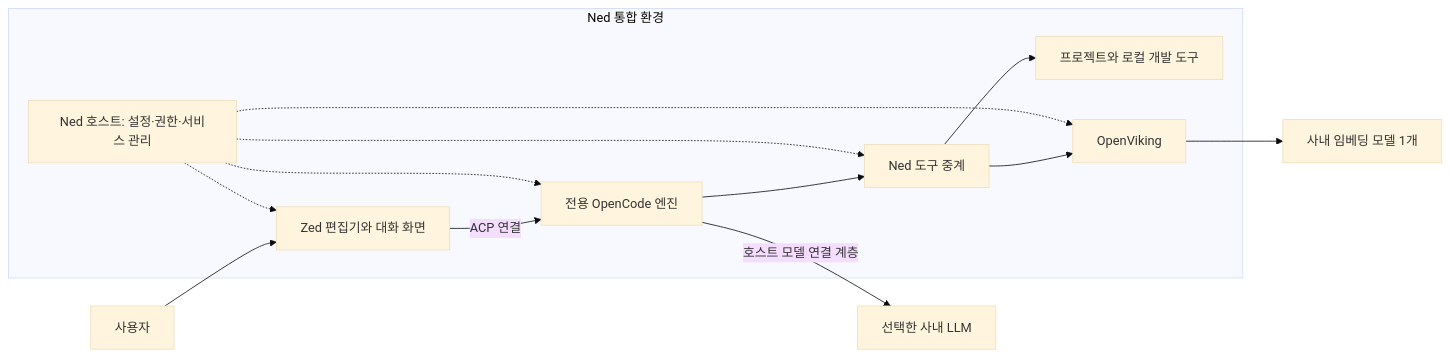
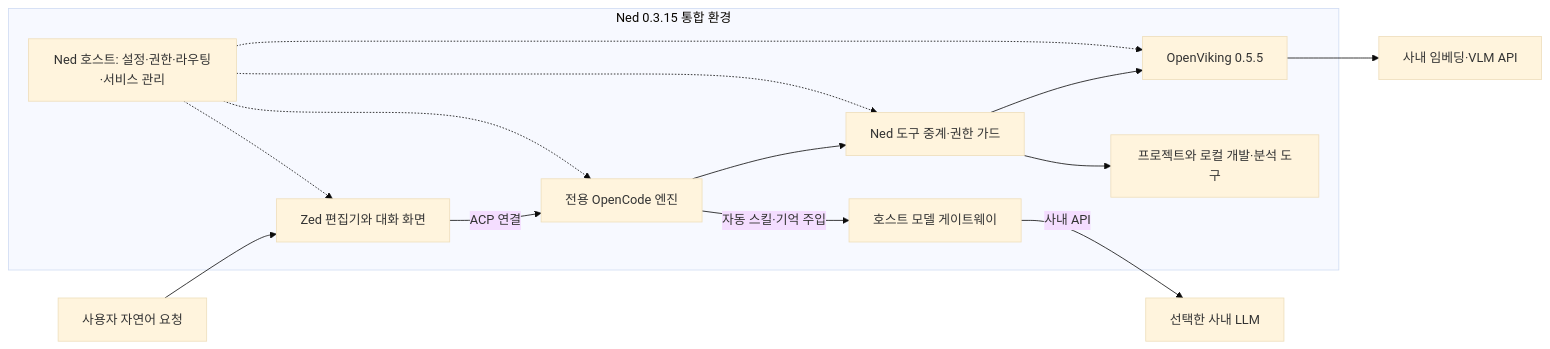
One commit to SungKyu-Kim39/AgentHarness changed the diagram in docs/ned-vs-zed.md. Above: the diagram before and after it, drawn with Mermaid (base theme). The commit also changed other lines of this file and 37 other files, not shown here.

````diff
--- a/docs/ned-vs-zed.md
+++ b/docs/ned-vs-zed.md
@@ -35,16 +36,17 @@
 ```mermaid
 flowchart LR
-    User[사용자] --> Zed[Zed 편집기와 대화 화면]
-    subgraph Ned[Ned 통합 환경]
+    User[사용자 자연어 요청] --> Zed[Zed 편집기와 대화 화면]
+    subgraph Ned[Ned 0.3.15 통합 환경]
         Zed -->|ACP 연결| Engine[전용 OpenCode 엔진]
-        Engine --> Tools[Ned 도구 중계]
-        Tools --> Local[프로젝트와 로컬 개발 도구]
-        Tools --> Knowledge[OpenViking]
-        Host[Ned 호스트: 설정·권한·서비스 관리] -.-> Zed
+        Engine -->|자동 스킬·기억 주입| Gateway[호스트 모델 게이트웨이]
+        Engine --> Tools[Ned 도구 중계·권한 가드]
+        Tools --> Local[프로젝트와 로컬 개발·분석 도구]
+        Tools --> Knowledge[OpenViking 0.5.5]
+        Host[Ned 호스트: 설정·권한·라우팅·서비스 관리] -.-> Zed
         Host -.-> Engine
         Host -.-> Tools
         Host -.-> Knowledge
     end
-    Engine -->|호스트 모델 연결 계층| LLM[선택한 사내 LLM]
-    Knowledge --> Embedding[사내 임베딩 모델 1개]
+    Gateway -->|사내 API| LLM[선택한 사내 LLM]
+    Knowledge --> Embedding[사내 임베딩·VLM API]
 ```
````
